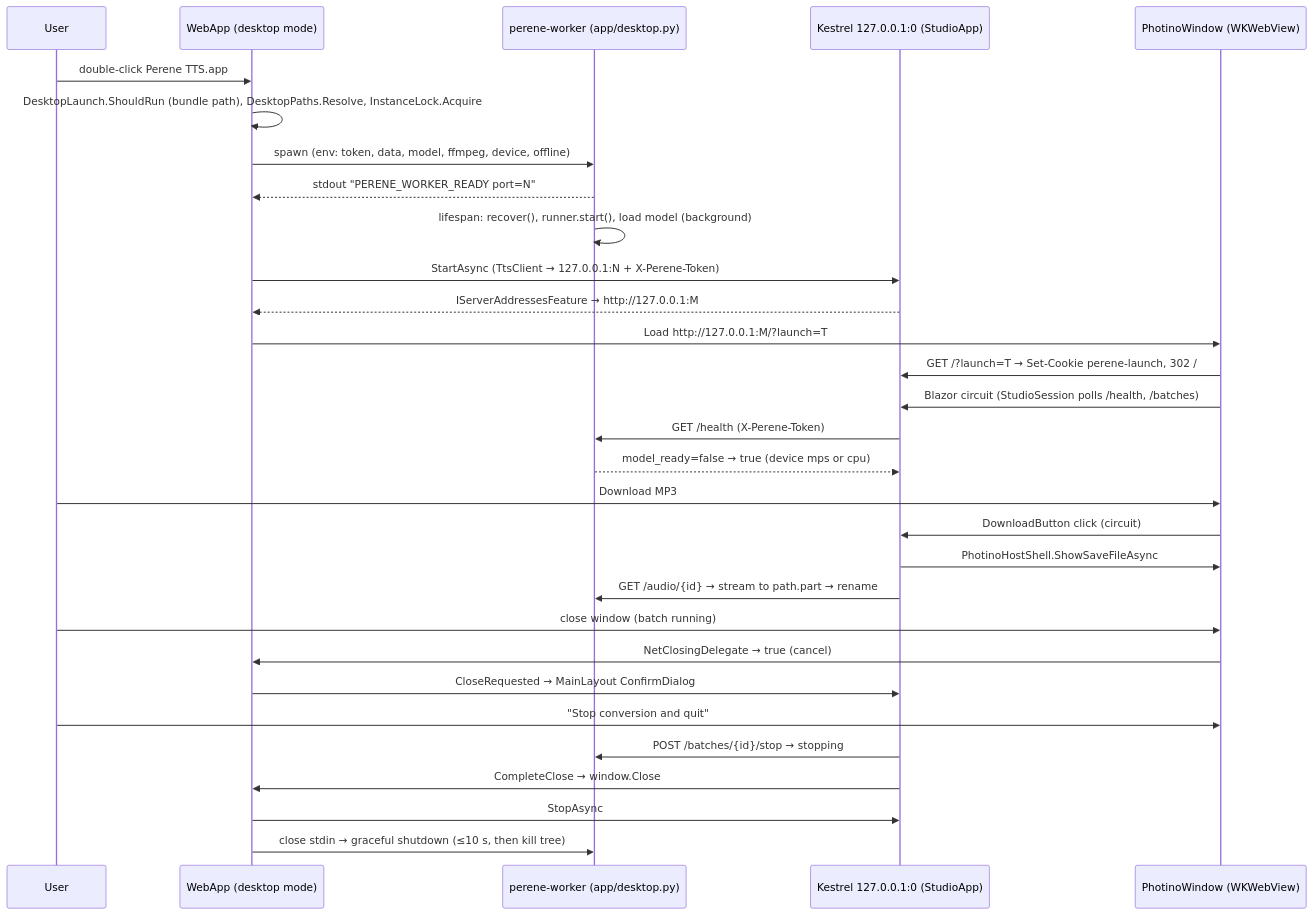
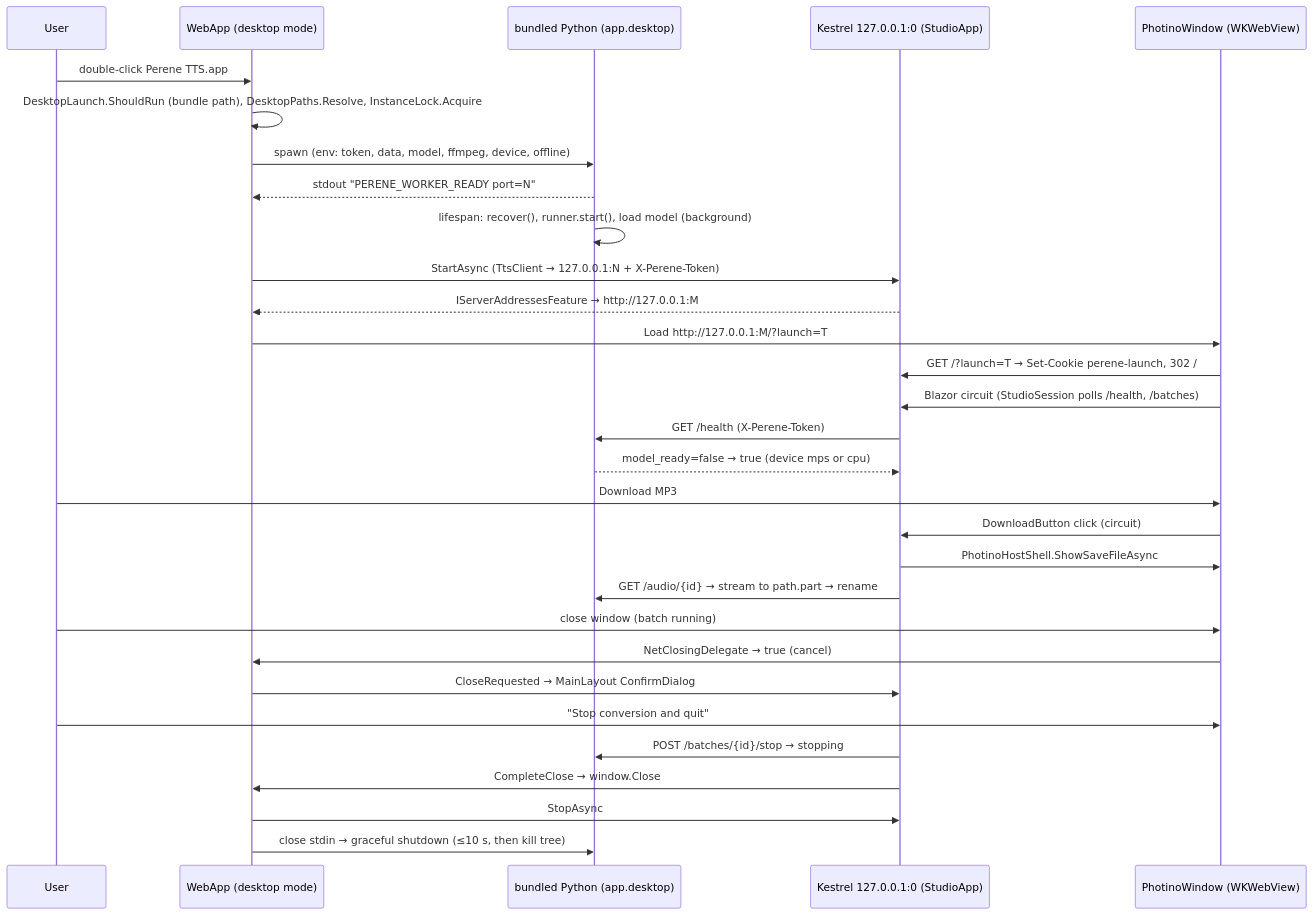
Before and after one commit to FabioRNobrega/perene-tts: the diagram in Specs/20261009104126-macos-desktop-app/Plan.md, drawn with Mermaid. The commit also changed other lines of this file and 60 other files, not shown here.

````diff
--- a/Specs/20261009104126-macos-desktop-app/Plan.md
+++ b/Specs/20261009104126-macos-desktop-app/Plan.md
@@ -330,32 +332,32 @@
 ```mermaid
 sequenceDiagram
     participant U as User
     participant H as WebApp (desktop mode)
-    participant W as perene-worker (app/desktop.py)
+    participant W as bundled Python (app.desktop)
     participant K as Kestrel 127.0.0.1:0 (StudioApp)
     participant P as PhotinoWindow (WKWebView)
     U->>H: double-click Perene TTS.app
     H->>H: DesktopLaunch.ShouldRun (bundle path), DesktopPaths.Resolve, InstanceLock.Acquire
     H->>W: spawn (env: token, data, model, ffmpeg, device, offline)
     W-->>H: stdout "PERENE_WORKER_READY port=N"
     W->>W: lifespan: recover(), runner.start(), load model (background)
     H->>K: StartAsync (TtsClient → 127.0.0.1:N + X-Perene-Token)
     K-->>H: IServerAddressesFeature → http://127.0.0.1:M
     H->>P: Load http://127.0.0.1:M/?launch=T
     P->>K: GET /?launch=T → Set-Cookie perene-launch, 302 /
     P->>K: Blazor circuit (StudioSession polls /health, /batches)
     K->>W: GET /health (X-Perene-Token)
     W-->>K: model_ready=false → true (device mps or cpu)
     U->>P: Download MP3
     P->>K: DownloadButton click (circuit)
     K->>P: PhotinoHostShell.ShowSaveFileAsync
     K->>W: GET /audio/{id} → stream to path.part → rename
     U->>P: close window (batch running)
     P->>H: NetClosingDelegate → true (cancel)
     H->>K: CloseRequested → MainLayout ConfirmDialog
     U->>P: "Stop conversion and quit"
     K->>W: POST /batches/{id}/stop → stopping
     K->>H: CompleteClose → window.Close
     H->>K: StopAsync
     H->>W: close stdin → graceful shutdown (≤10 s, then kill tree)
 ```
````
